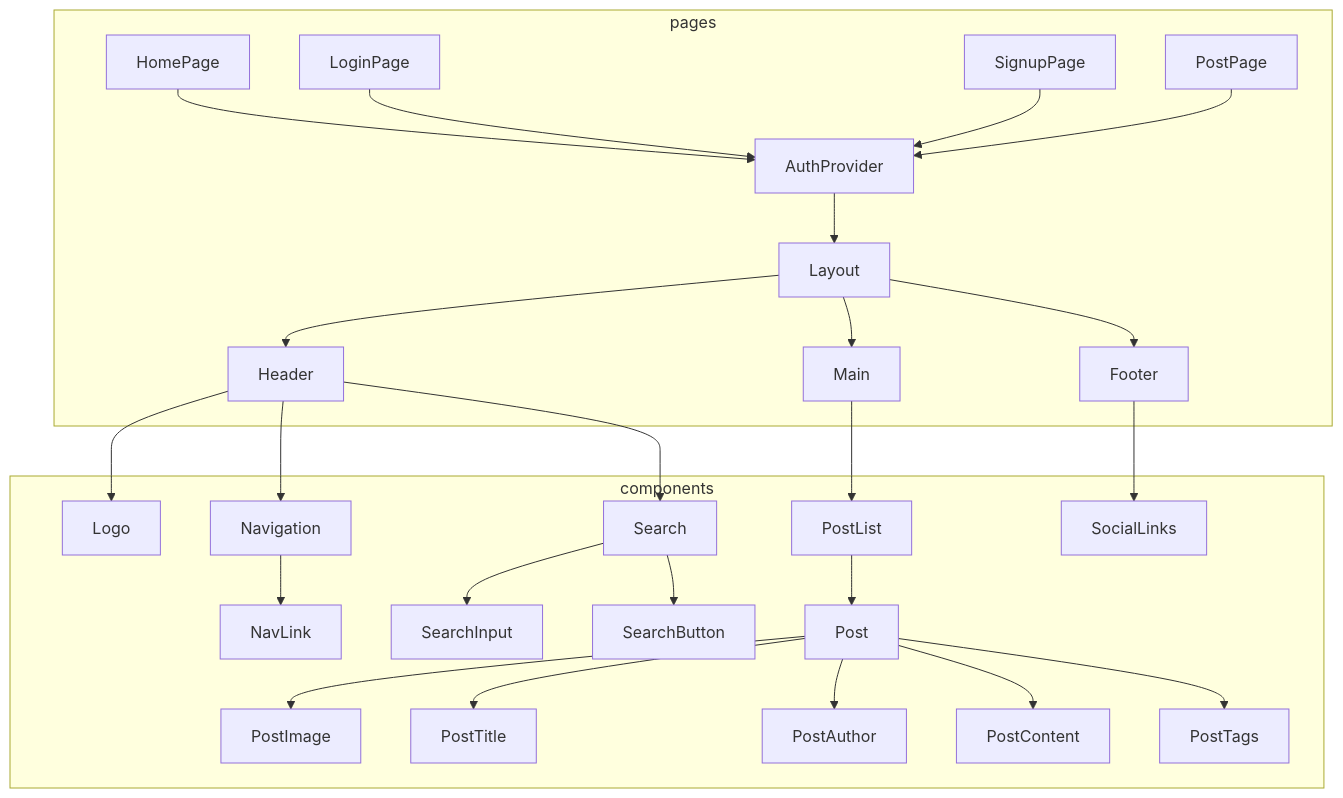
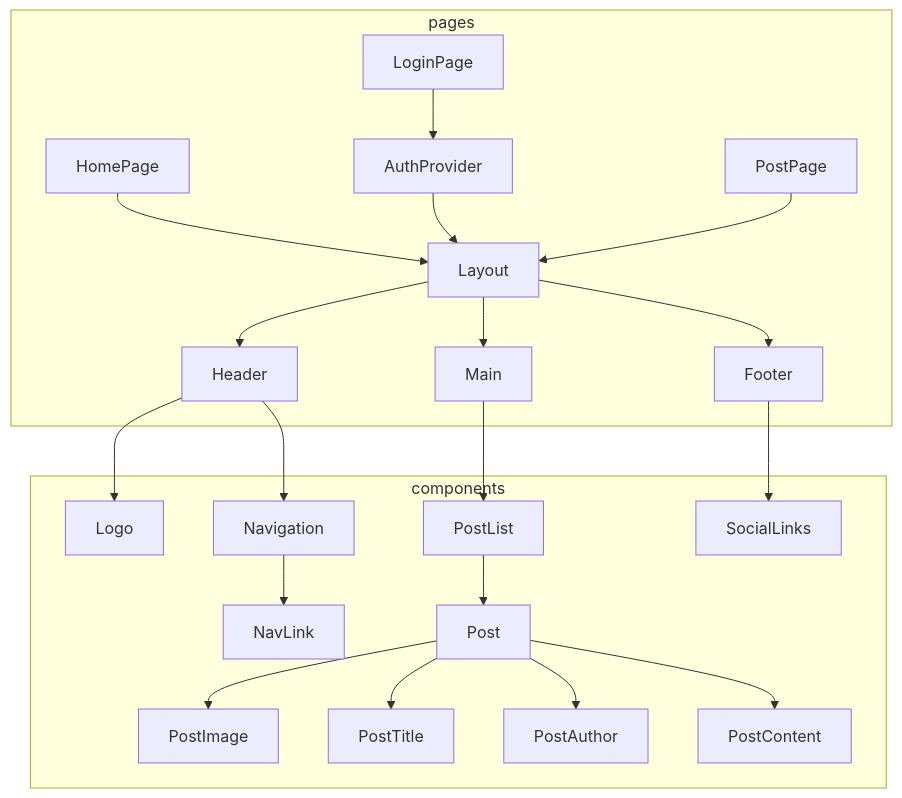
One commit to Alex-dev7/GA-CAPSTONE-PROJECT changed the first of 2 diagrams in README.md. Above: the diagram before and after it, drawn with Mermaid. The commit also changed other lines of this file, not shown here.

````diff
--- a/README.md
+++ b/README.md
@@ -25,31 +26,27 @@
 ```mermaid
 flowchart TD;
     subgraph "pages" 
-    HomePage --> AuthProvider
+    HomePage --> Layout
     AuthProvider --> Layout
     Layout --> Header
     Layout --> Main
     Layout --> Footer
     LoginPage --> AuthProvider
-    SignupPage --> AuthProvider
-    PostPage --> AuthProvider
+   
+    PostPage --> Layout
     end
     
     subgraph "components" 
     Header --> Logo
     Header --> Navigation
-    Header --> Search
     Navigation --> NavLink
     
-    Search --> SearchInput
-    Search --> SearchButton
     Main --> PostList
     PostList --> Post
     Post --> PostImage
     Post --> PostTitle
     Post --> PostAuthor
     Post --> PostContent
-    Post --> PostTags
     Footer --> SocialLinks
     end
 ```    
````
